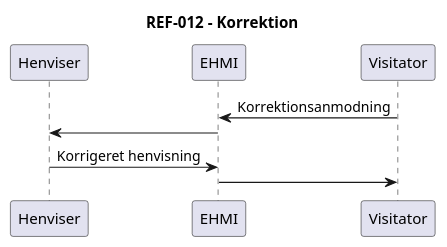
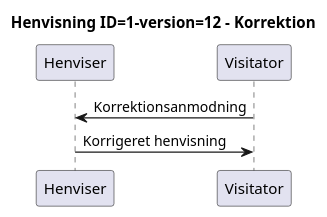
Before and after one commit to medcomdk/dk-medcom-ref-lm: diagram 12 of 12 in input/plantuml/fhir-henvisning-messaging.puml, drawn with PlantUML. The commit also changed other lines of this file and 15 other files, not shown here.

```diff
--- a/input/plantuml/fhir-henvisning-messaging.puml
+++ b/input/plantuml/fhir-henvisning-messaging.puml
@@ -117,11 +139,11 @@
 @startuml
 
- title REF-012 - Korrektion
+ title Henvisning ID=1-version=12 - Korrektion
  participant Henviser
- participant EHMI
  participant Visitator
-Visitator -> EHMI : Korrektionsanmodning
-EHMI -> Henviser
-Henviser -> EHMI : Korrigeret henvisning
-EHMI -> Visitator
+
+Visitator -> Henviser : Korrektionsanmodning
+
+Henviser -> Visitator : Korrigeret henvisning
+
 @enduml
```
